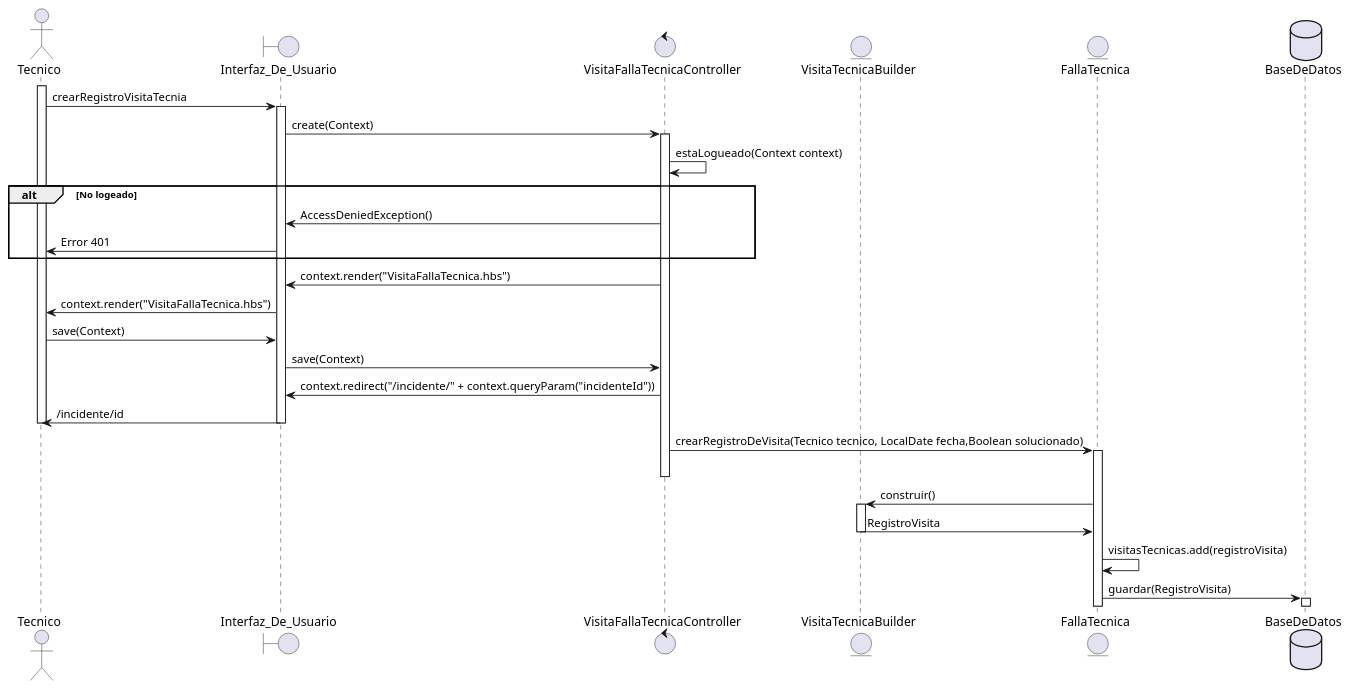
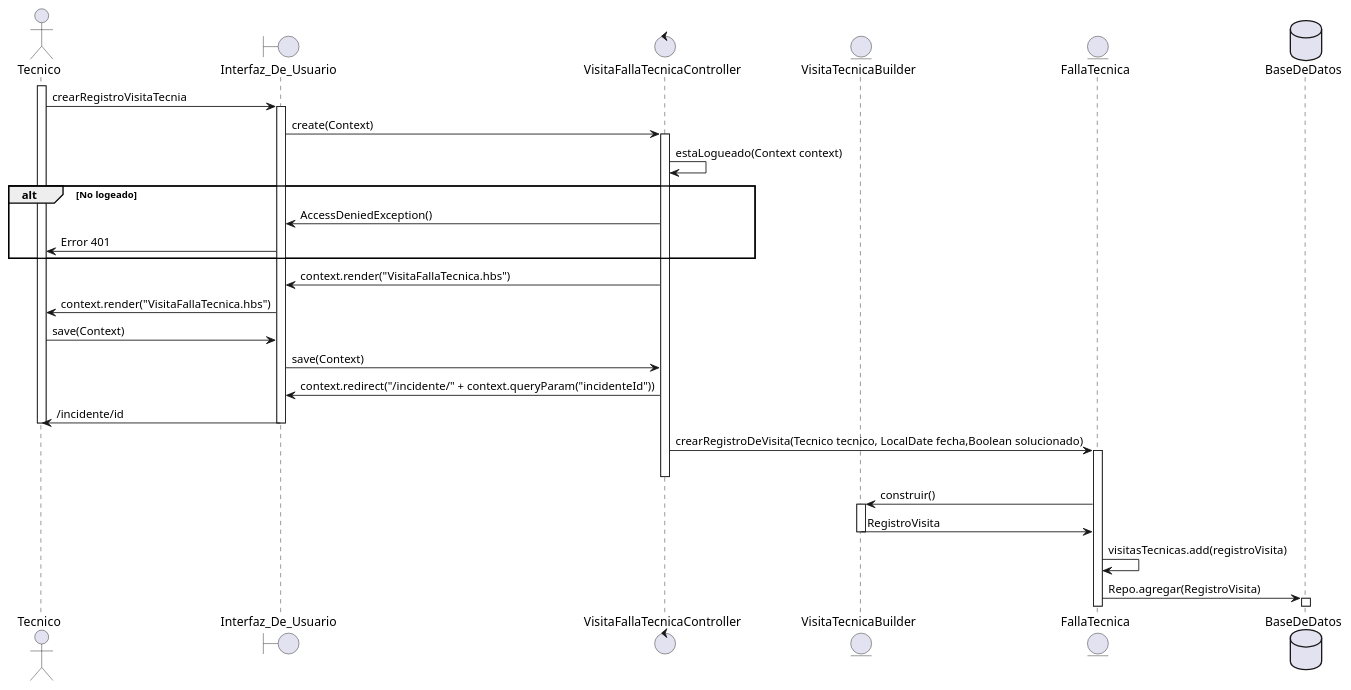
Before and after one commit to JBDelupi/TPs---DDS: the diagram in UMLs/FallasTecnicas/RegistroVisitaFallaTecnica.puml, drawn with PlantUML. The commit also changed 14 other files, not shown here.

```diff
--- a/UMLs/FallasTecnicas/RegistroVisitaFallaTecnica.puml
+++ b/UMLs/FallasTecnicas/RegistroVisitaFallaTecnica.puml
@@ -1,51 +1,51 @@
 @startuml Registro Visita Tecnica
 
 actor Tecnico
 boundary Interfaz_De_Usuario
 control VisitaFallaTecnicaController
 entity VisitaTecnicaBuilder
 entity FallaTecnica
 database BaseDeDatos
 
 
 activate Tecnico
 Tecnico->Interfaz_De_Usuario: crearRegistroVisitaTecnia
 activate Interfaz_De_Usuario
 Interfaz_De_Usuario -> VisitaFallaTecnicaController: create(Context)
 activate VisitaFallaTecnicaController
 VisitaFallaTecnicaController->VisitaFallaTecnicaController: estaLogueado(Context context)
 
 
 alt No logeado
     VisitaFallaTecnicaController->Interfaz_De_Usuario: AccessDeniedException()
     Interfaz_De_Usuario->Tecnico: Error 401
 end
 
 VisitaFallaTecnicaController -> Interfaz_De_Usuario: context.render("VisitaFallaTecnica.hbs")
 Interfaz_De_Usuario -> Tecnico: context.render("VisitaFallaTecnica.hbs")
 
 Tecnico -> Interfaz_De_Usuario: save(Context) 
 Interfaz_De_Usuario -> VisitaFallaTecnicaController: save(Context)
 VisitaFallaTecnicaController -> Interfaz_De_Usuario: context.redirect("/incidente/" + context.queryParam("incidenteId")) 
 Interfaz_De_Usuario -> Tecnico : /incidente/id
 deactivate Interfaz_De_Usuario
 deactivate Tecnico
 
 VisitaFallaTecnicaController->FallaTecnica: crearRegistroDeVisita(Tecnico tecnico, LocalDate fecha,Boolean solucionado)
 activate FallaTecnica
 deactivate VisitaFallaTecnicaController
 FallaTecnica->VisitaTecnicaBuilder: construir()
 activate VisitaTecnicaBuilder
 VisitaTecnicaBuilder-> FallaTecnica: RegistroVisita
 deactivate VisitaTecnicaBuilder
 FallaTecnica->FallaTecnica: visitasTecnicas.add(registroVisita)
-FallaTecnica -> BaseDeDatos: guardar(RegistroVisita)
+FallaTecnica -> BaseDeDatos: Repo.agregar(RegistroVisita)
 activate BaseDeDatos
 
 
 
 
 
 
 
 @enduml
```
